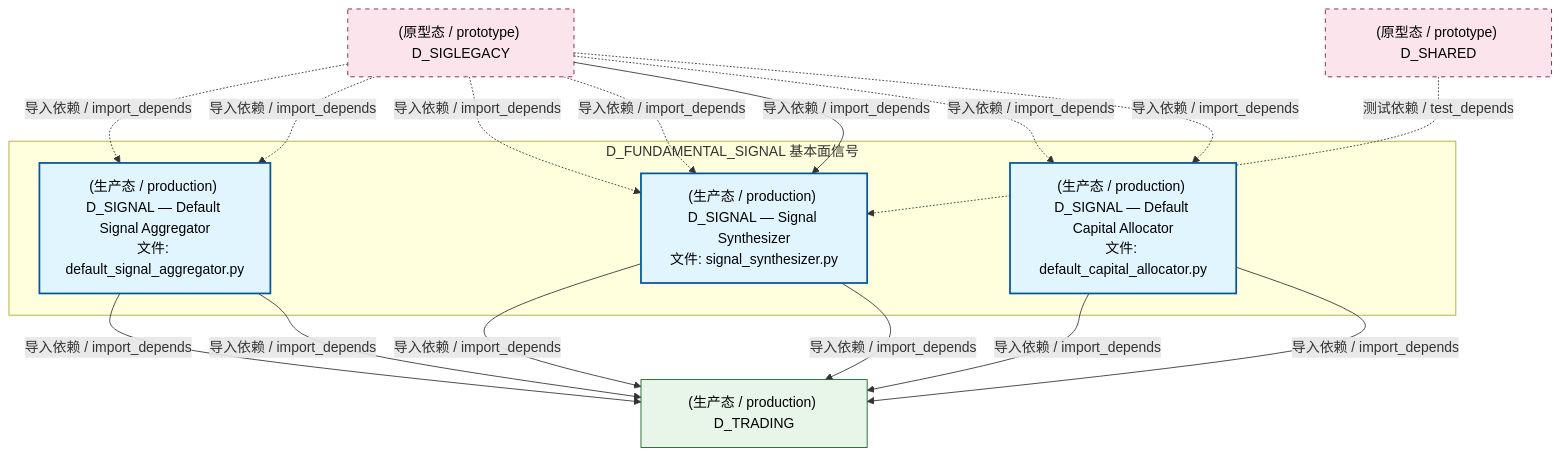
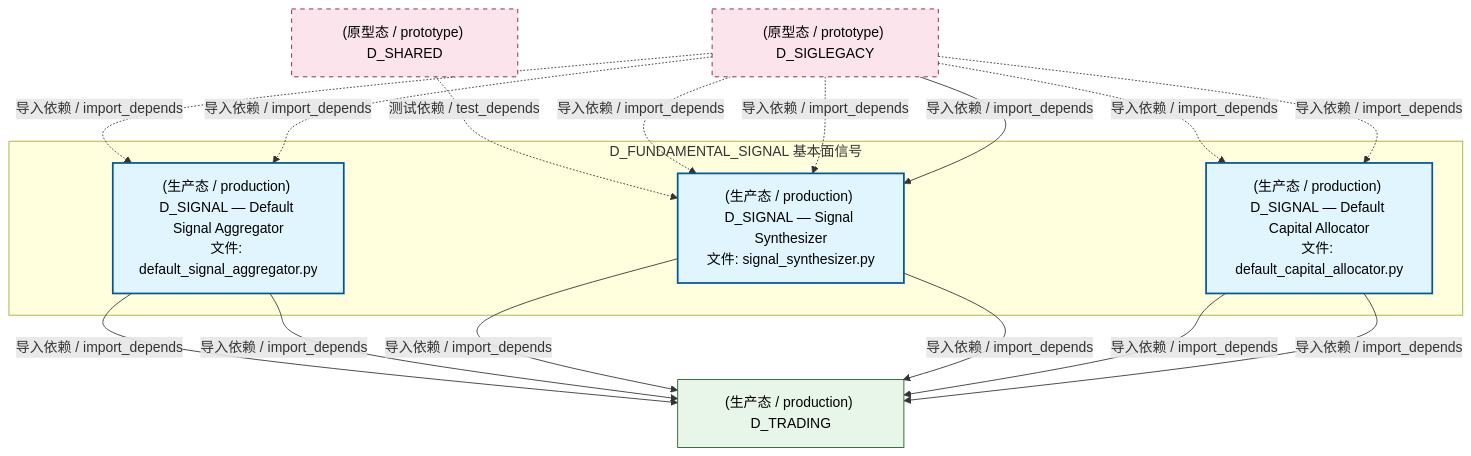
Before and after one commit to xuanFelixVan/ZephyrAlpha: the second of 4 diagrams in docs/02_enterprise_architecture/02_domain_architecture_docs/37_d_fundamental_signal.md, drawn with Mermaid. The commit also changed other lines of this file and 126 other files, not shown here.

````diff
--- a/docs/02_enterprise_architecture/02_domain_architecture_docs/37_d_fundamental_signal.md
+++ b/docs/02_enterprise_architecture/02_domain_architecture_docs/37_d_fundamental_signal.md
@@ -134,32 +134,32 @@
 ```mermaid
 graph TD
     subgraph D_FUNDAMENTAL_SIGNAL["D_FUNDAMENTAL_SIGNAL 基本面信号"]
         src_zephyr_signal_fundamental_gen_implementations_default_signal_aggregator_py["(生产态 / production) D_SIGNAL — Default Signal Aggregator<br/>文件: default_signal_aggregator.py"]
         src_zephyr_signal_fundamental_strategy_implementations_default_capital_allocator_py["(生产态 / production) D_SIGNAL — Default Capital Allocator<br/>文件: default_capital_allocator.py"]
         src_zephyr_signal_fundamental_synth_signal_synthesizer_py["(生产态 / production) D_SIGNAL — Signal Synthesizer<br/>文件: signal_synthesizer.py"]
     end
     D_TRADING["(生产态 / production) D_TRADING"]
+    src_zephyr_signal_fundamental_gen_implementations_default_signal_aggregator_py -->|导入依赖 / import_depends| D_TRADING
+    src_zephyr_signal_fundamental_gen_implementations_default_signal_aggregator_py -->|导入依赖 / import_depends| D_TRADING
+    src_zephyr_signal_fundamental_synth_signal_synthesizer_py -->|导入依赖 / import_depends| D_TRADING
+    src_zephyr_signal_fundamental_synth_signal_synthesizer_py -->|导入依赖 / import_depends| D_TRADING
     src_zephyr_signal_fundamental_strategy_implementations_default_capital_allocator_py -->|导入依赖 / import_depends| D_TRADING
     src_zephyr_signal_fundamental_strategy_implementations_default_capital_allocator_py -->|导入依赖 / import_depends| D_TRADING
-    src_zephyr_signal_fundamental_synth_signal_synthesizer_py -->|导入依赖 / import_depends| D_TRADING
-    src_zephyr_signal_fundamental_synth_signal_synthesizer_py -->|导入依赖 / import_depends| D_TRADING
-    src_zephyr_signal_fundamental_gen_implementations_default_signal_aggregator_py -->|导入依赖 / import_depends| D_TRADING
-    src_zephyr_signal_fundamental_gen_implementations_default_signal_aggregator_py -->|导入依赖 / import_depends| D_TRADING
     D_SIGLEGACY["(原型态 / prototype) D_SIGLEGACY"]
     D_SIGLEGACY -.->|导入依赖 / import_depends| src_zephyr_signal_fundamental_gen_implementations_default_signal_aggregator_py
     D_SIGLEGACY -.->|导入依赖 / import_depends| src_zephyr_signal_fundamental_gen_implementations_default_signal_aggregator_py
+    D_SHARED["(原型态 / prototype) D_SHARED"]
+    D_SHARED -.->|测试依赖 / test_depends| src_zephyr_signal_fundamental_synth_signal_synthesizer_py
     D_SIGLEGACY -.->|导入依赖 / import_depends| src_zephyr_signal_fundamental_synth_signal_synthesizer_py
     D_SIGLEGACY -.->|导入依赖 / import_depends| src_zephyr_signal_fundamental_synth_signal_synthesizer_py
-    D_SHARED["(原型态 / prototype) D_SHARED"]
-    D_SHARED -.->|测试依赖 / test_depends| src_zephyr_signal_fundamental_synth_signal_synthesizer_py
     D_SIGLEGACY -->|导入依赖 / import_depends| src_zephyr_signal_fundamental_synth_signal_synthesizer_py
     D_SIGLEGACY -.->|导入依赖 / import_depends| src_zephyr_signal_fundamental_strategy_implementations_default_capital_allocator_py
     D_SIGLEGACY -.->|导入依赖 / import_depends| src_zephyr_signal_fundamental_strategy_implementations_default_capital_allocator_py
     classDef production fill:#e1f5fe,stroke:#01579b,stroke-width:2px,color:#000
     classDef design fill:#fff3e0,stroke:#e65100,stroke-width:2px,color:#000,stroke-dasharray: 5 5
     classDef external_prod fill:#e8f5e9,stroke:#1b5e20,stroke-width:1px,color:#000
     classDef external_design fill:#fce4ec,stroke:#880e4f,stroke-width:1px,color:#000,stroke-dasharray: 5 5
     class src_zephyr_signal_fundamental_gen_implementations_default_signal_aggregator_py,src_zephyr_signal_fundamental_strategy_implementations_default_capital_allocator_py,src_zephyr_signal_fundamental_synth_signal_synthesizer_py production
     class D_TRADING external_prod
     class D_SIGLEGACY,D_SHARED external_design
 ```
````
